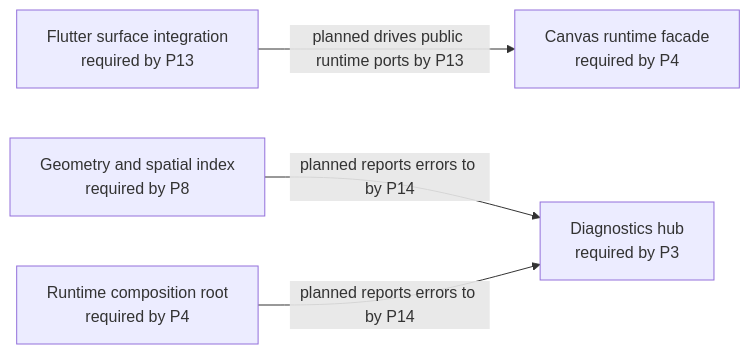
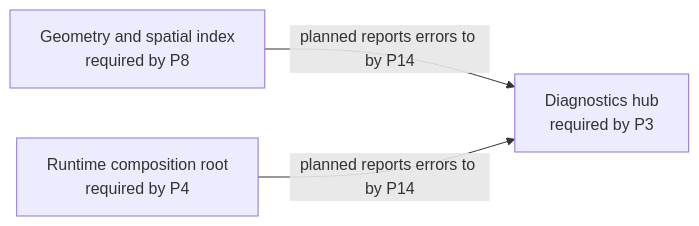
Before and after one commit to GreatPika/iwb_canvas_engine: the diagram in docs/diagrams/generated/future_target.mmd, drawn with Mermaid. The commit also changed 40 other files, not shown here.

```diff
--- a/docs/diagrams/generated/future_target.mmd
+++ b/docs/diagrams/generated/future_target.mmd
@@ -1,14 +1,11 @@
 %% GENERATED FILE. Do not edit by hand.
 %% Source: docs/architecture/architecture_graph.yaml
 %% View: Future target architecture graph
-%% Selected phase: P12
+%% Selected phase: P13
 %% Note: Shows future planned edges after the selected phase plus their endpoint nodes for context.
 flowchart LR
-  api_canvas_runtime["Canvas runtime facade<br/>required by P4"]
   diagnostics_hub["Diagnostics hub<br/>required by P3"]
-  flutter_surface["Flutter surface integration<br/>required by P13"]
   geometry_spatial_index["Geometry and spatial index<br/>required by P8"]
   runtime_root["Runtime composition root<br/>required by P4"]
-  flutter_surface -->|planned drives public runtime ports by P13| api_canvas_runtime
   geometry_spatial_index -->|planned reports errors to by P14| diagnostics_hub
   runtime_root -->|planned reports errors to by P14| diagnostics_hub
```
